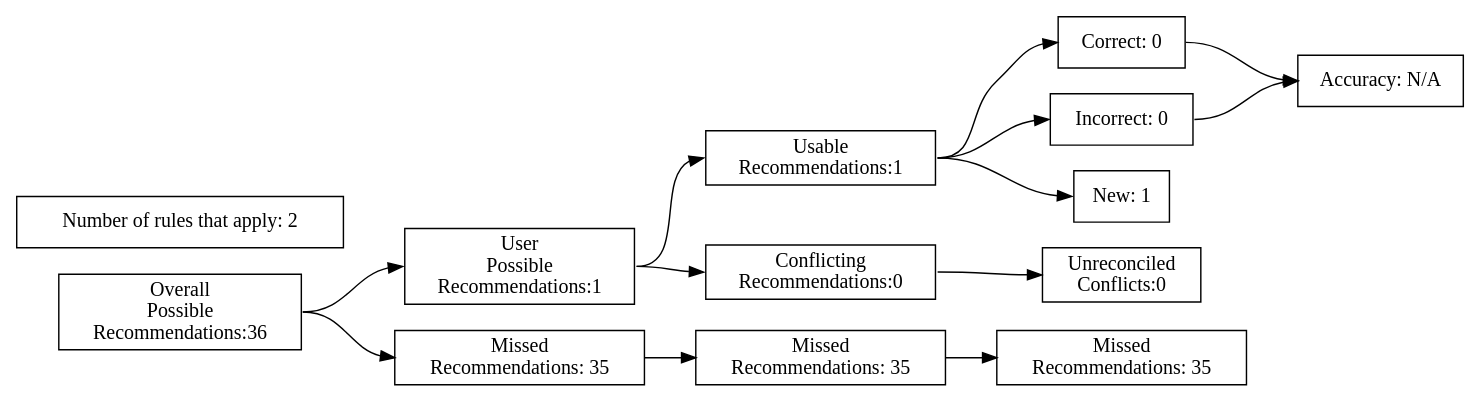
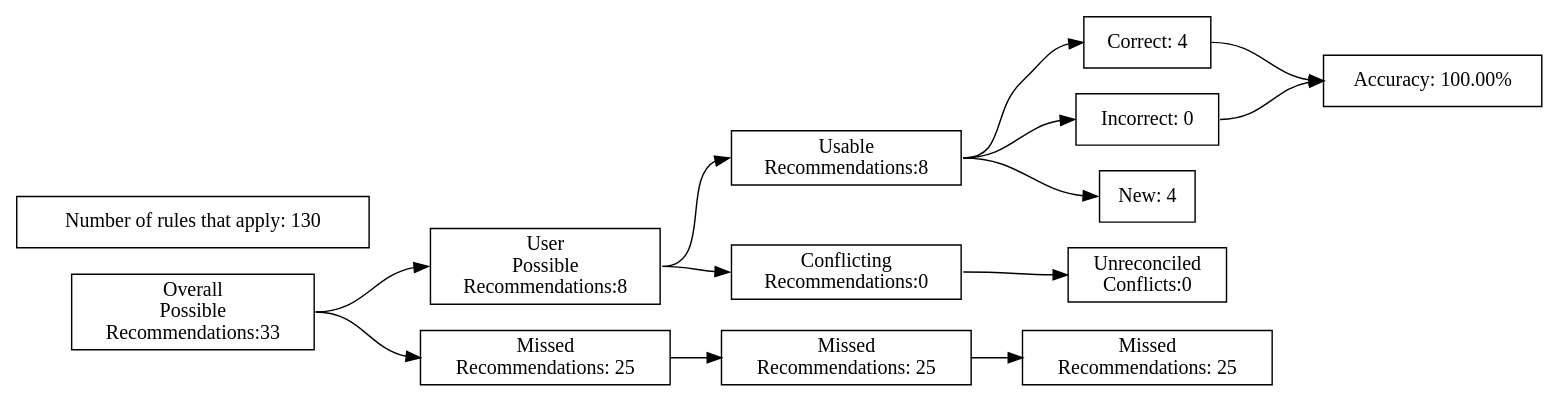
One commit to ZaxR/ibd_diet_analysis changed the diagram in test_renders/92.gv. Above: the diagram before and after it, drawn with Graphviz. The commit also changed 228 other files, not shown here.

```diff
--- a/test_renders/92.gv
+++ b/test_renders/92.gv
@@ -1,40 +1,40 @@
 digraph {
 	graph [rankdir=LR]
 	node [pos=r shape=box]
 	edge [headport=w tailport=e]
 		A [label="Overall
 Possible
-Recommendations:36"]
+Recommendations:33"]
 		B [label="User
 Possible
-Recommendations:1"]
+Recommendations:8"]
 		C [label="Missed
-Recommendations: 35"]
+Recommendations: 25"]
 		D [label="Usable
-Recommendations:1"]
+Recommendations:8"]
 		E [label="Conflicting
 Recommendations:0"]
 		J [label="Missed
-Recommendations: 35"]
+Recommendations: 25"]
 		M [label="Unreconciled
 Conflicts:0"]
-		F [label="Correct: 0"]
+		F [label="Correct: 4"]
 		G [label="Incorrect: 0"]
-		H [label="New: 1"]
+		H [label="New: 4"]
 		K [label="Missed
-Recommendations: 35"]
-		I [label="Accuracy: N/A"]
-		l [label="Number of rules that apply: 2"]
+Recommendations: 25"]
+		I [label="Accuracy: 100.00%"]
+		l [label="Number of rules that apply: 130"]
 			A -> B
 			A -> C
 			B -> D
 			B -> E
 			D -> F
 			D -> G
 			D -> H
 			F -> I
 			G -> I
 			C -> J
 			J -> K
 			E -> M
 }
```
